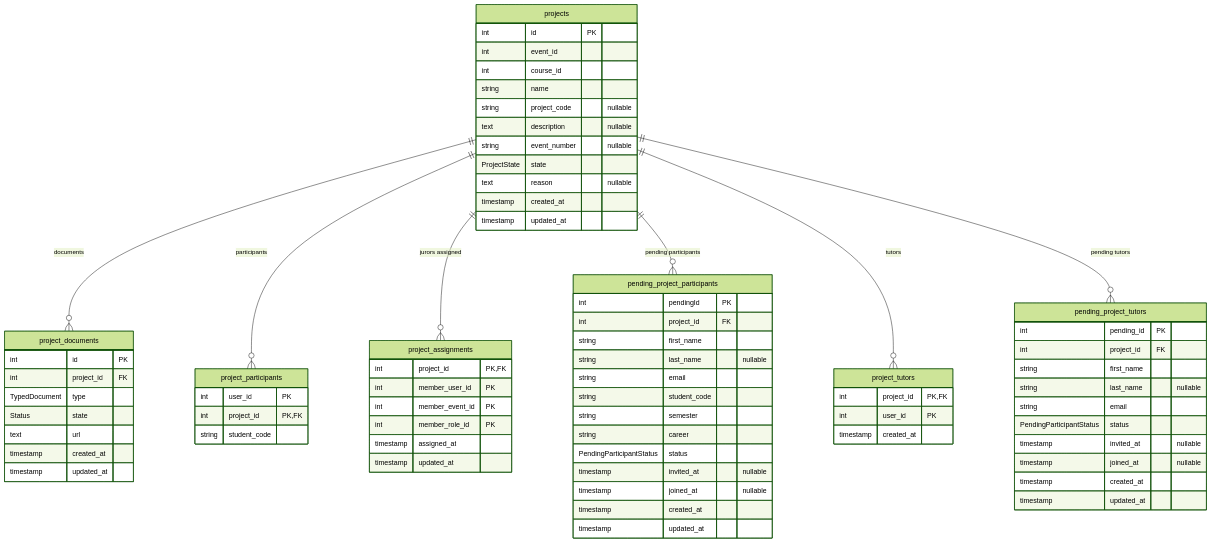
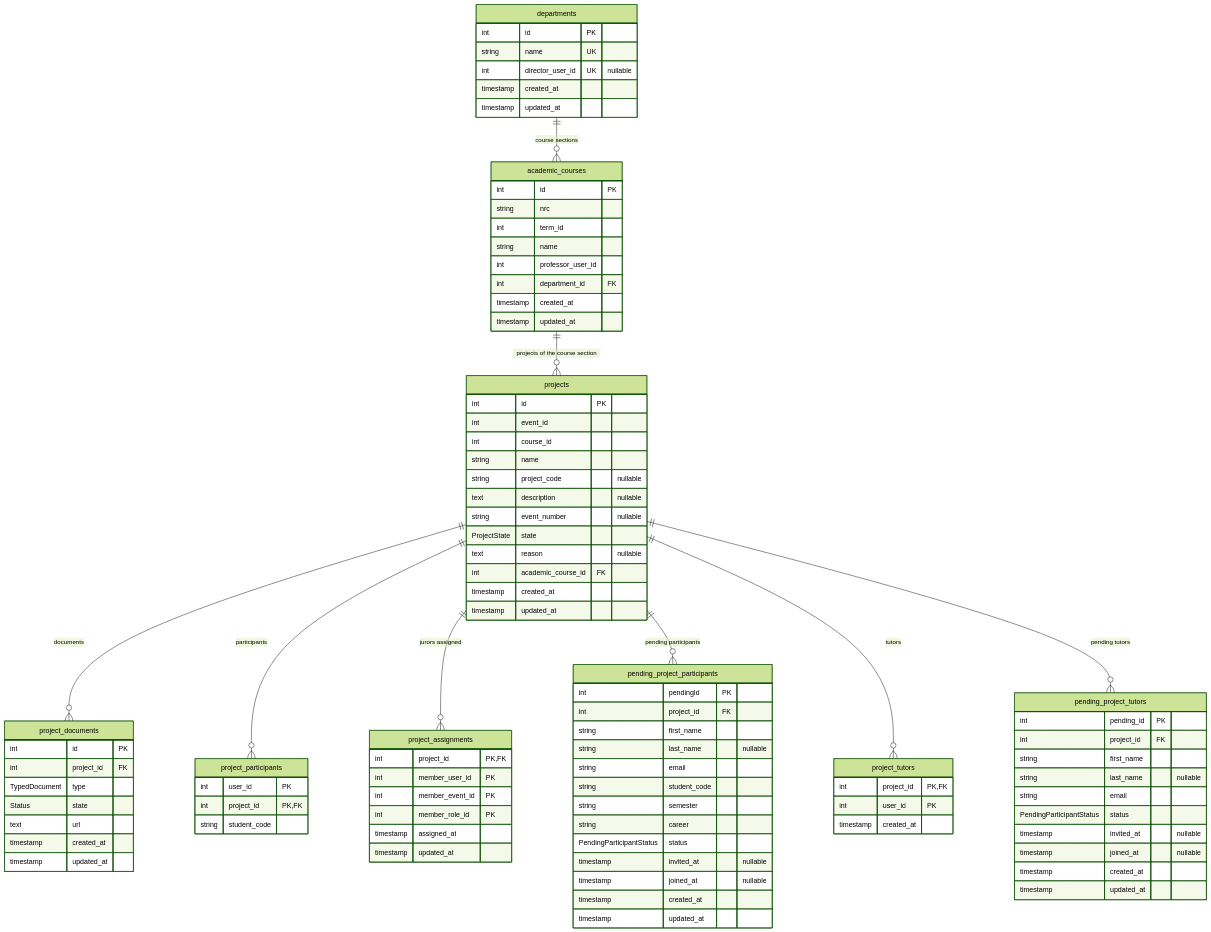
The diagram in docs/project-service/schema.md (PCPI-UN/Iris), drawn with Mermaid (forest theme) before and after one commit. The commit also changed other lines of this file and 77 other files, not shown here.

````diff
--- a/docs/project-service/schema.md
+++ b/docs/project-service/schema.md
@@ -18,6 +18,7 @@
         string event_number "nullable"
         ProjectState state
         text reason "nullable"
+        int academic_course_id FK
         timestamp created_at
         timestamp updated_at
     }
@@ -82,10 +83,31 @@
         timestamp updated_at
     }
 
+    departments {
+        int id PK
+        string name UK
+        int director_user_id UK "nullable"
+        timestamp created_at
+        timestamp updated_at
+    }
+
+    academic_courses {
+        int id PK
+        string nrc
+        int term_id
+        string name
+        int professor_user_id
+        int department_id FK
+        timestamp created_at
+        timestamp updated_at
+    }
+
     projects ||--o{ project_documents : "documents"
     projects ||--o{ project_participants : "participants"
     projects ||--o{ project_assignments : "jurors assigned"
     projects ||--o{ pending_project_participants : "pending participants"
     projects ||--o{ project_tutors : "tutors"
     projects ||--o{ pending_project_tutors : "pending tutors"
+    academic_courses ||--o{ projects : "projects of the course section"
+    departments ||--o{ academic_courses : "course sections"
 ```
````
